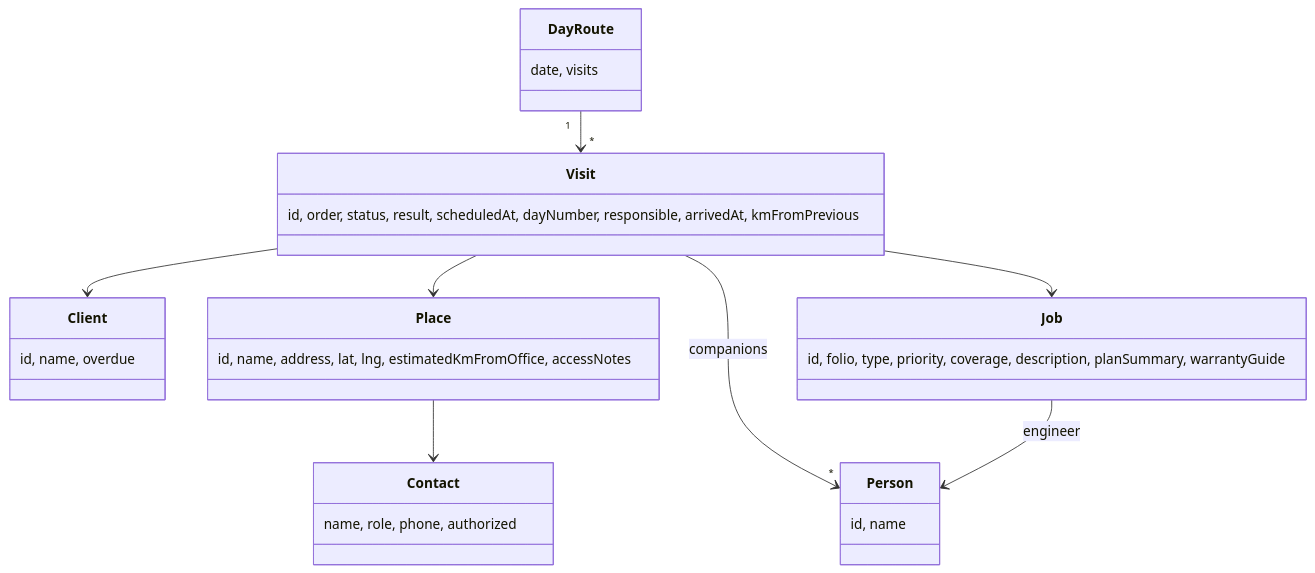
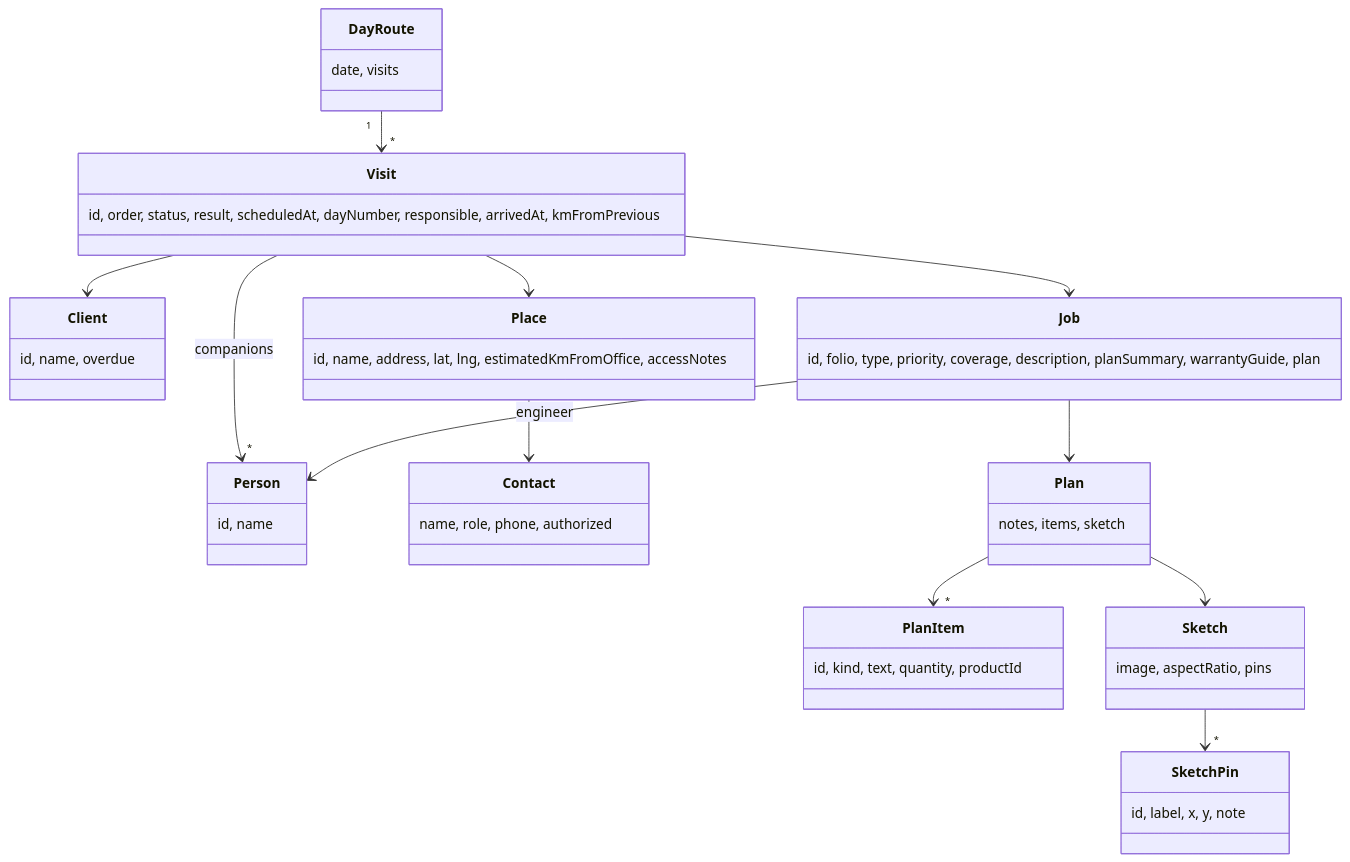
One commit to edggclu/rutas_app changed the third of 9 diagrams in README.md. Above: the diagram before and after it, drawn with Mermaid. The commit also changed other lines of this file and 1 other file, not shown here.

````diff
--- a/README.md
+++ b/README.md
@@ -139,18 +169,26 @@
 ```mermaid
 classDiagram
     DayRoute "1" --> "*" Visit
     Visit --> Client
     Visit --> Place
     Visit --> Job
     Visit --> "*" Person : companions
     Place --> Contact
     Job --> Person : engineer
+    Job --> Plan
+    Plan --> "*" PlanItem
+    Plan --> Sketch
+    Sketch --> "*" SketchPin
 
     class DayRoute { date, visits }
     class Visit { id, order, status, result, scheduledAt, dayNumber, responsible, arrivedAt, kmFromPrevious }
     class Client { id, name, overdue }
     class Place { id, name, address, lat, lng, estimatedKmFromOffice, accessNotes }
     class Contact { name, role, phone, authorized }
-    class Job { id, folio, type, priority, coverage, description, planSummary, warrantyGuide }
+    class Job { id, folio, type, priority, coverage, description, planSummary, warrantyGuide, plan }
     class Person { id, name }
+    class Plan { notes, items, sketch }
+    class PlanItem { id, kind, text, quantity, productId }
+    class Sketch { image, aspectRatio, pins }
+    class SketchPin { id, label, x, y, note }
 ```
````
